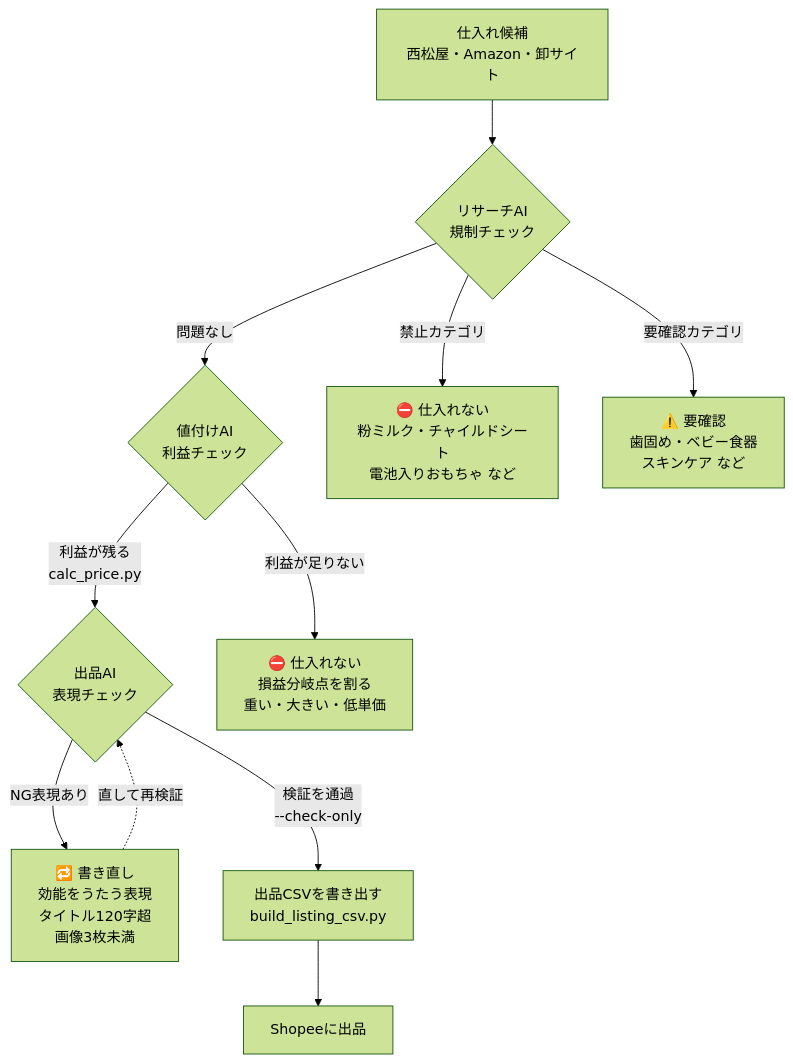
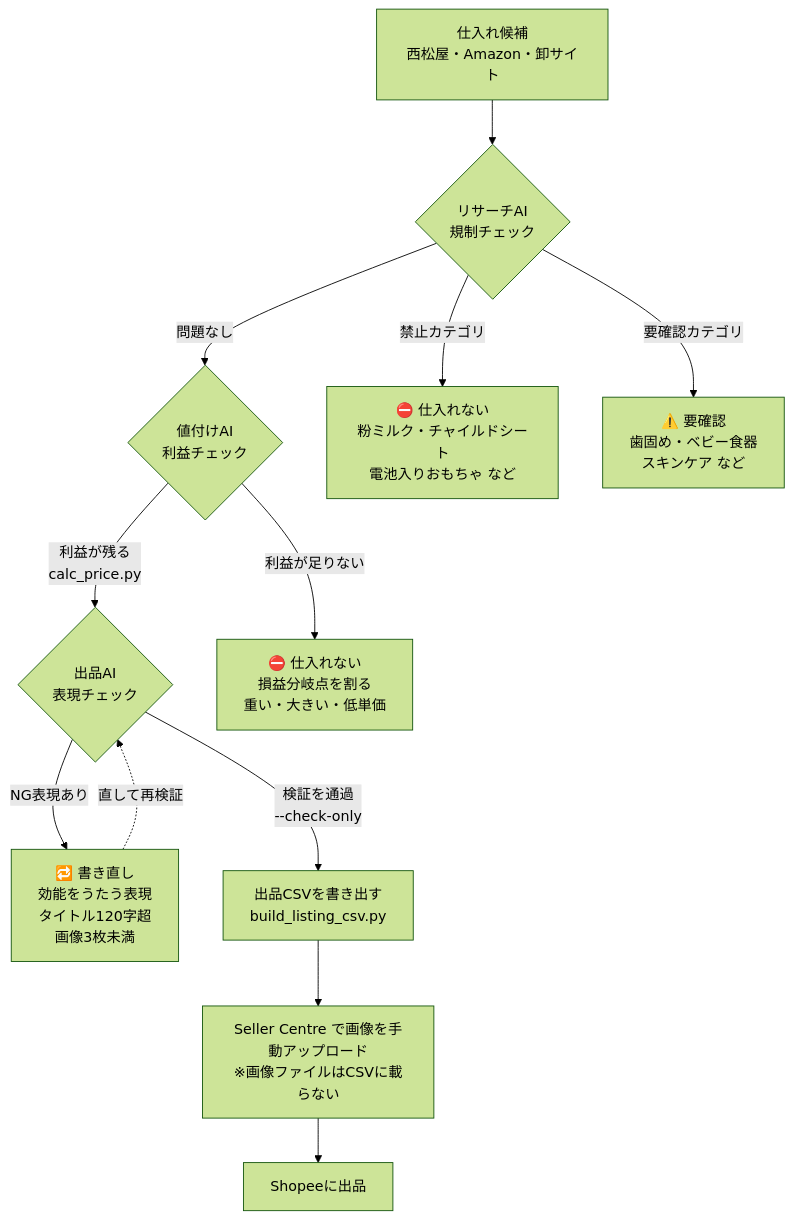
Before and after one commit to tatsuyaito-debug/claude-code-shopee: the second of 5 diagrams in docs/運用フロー.md, drawn with Mermaid (forest theme). The commit also changed other lines of this file and 13 other files, not shown here.

````diff
--- a/docs/運用フロー.md
+++ b/docs/運用フロー.md
@@ -39,27 +39,29 @@
 ```mermaid
 flowchart TD
     START["仕入れ候補<br/>西松屋・Amazon・卸サイト"]
 
     R{"リサーチAI<br/>規制チェック"}
     P{"値付けAI<br/>利益チェック"}
     L{"出品AI<br/>表現チェック"}
 
     OUT1["⛔ 仕入れない<br/>粉ミルク・チャイルドシート<br/>電池入りおもちゃ など"]
     OUT2["⚠️ 要確認<br/>歯固め・ベビー食器<br/>スキンケア など"]
     OUT3["⛔ 仕入れない<br/>損益分岐点を割る<br/>重い・大きい・低単価"]
     OUT4["🔁 書き直し<br/>効能をうたう表現<br/>タイトル120字超<br/>画像3枚未満"]
 
     CSV["出品CSVを書き出す<br/>build_listing_csv.py"]
+    IMG["Seller Centre で画像を手動アップロード<br/>※画像ファイルはCSVに載らない"]
     DONE["Shopeeに出品"]
 
     START --> R
     R -->|"禁止カテゴリ"| OUT1
     R -->|"要確認カテゴリ"| OUT2
     R -->|"問題なし"| P
     P -->|"利益が足りない"| OUT3
     P -->|"利益が残る<br/>calc_price.py"| L
     L -->|"NG表現あり"| OUT4
     L -->|"検証を通過<br/>--check-only"| CSV
-    CSV --> DONE
+    CSV --> IMG
+    IMG --> DONE
     OUT4 -.->|"直して再検証"| L
 ```
````
